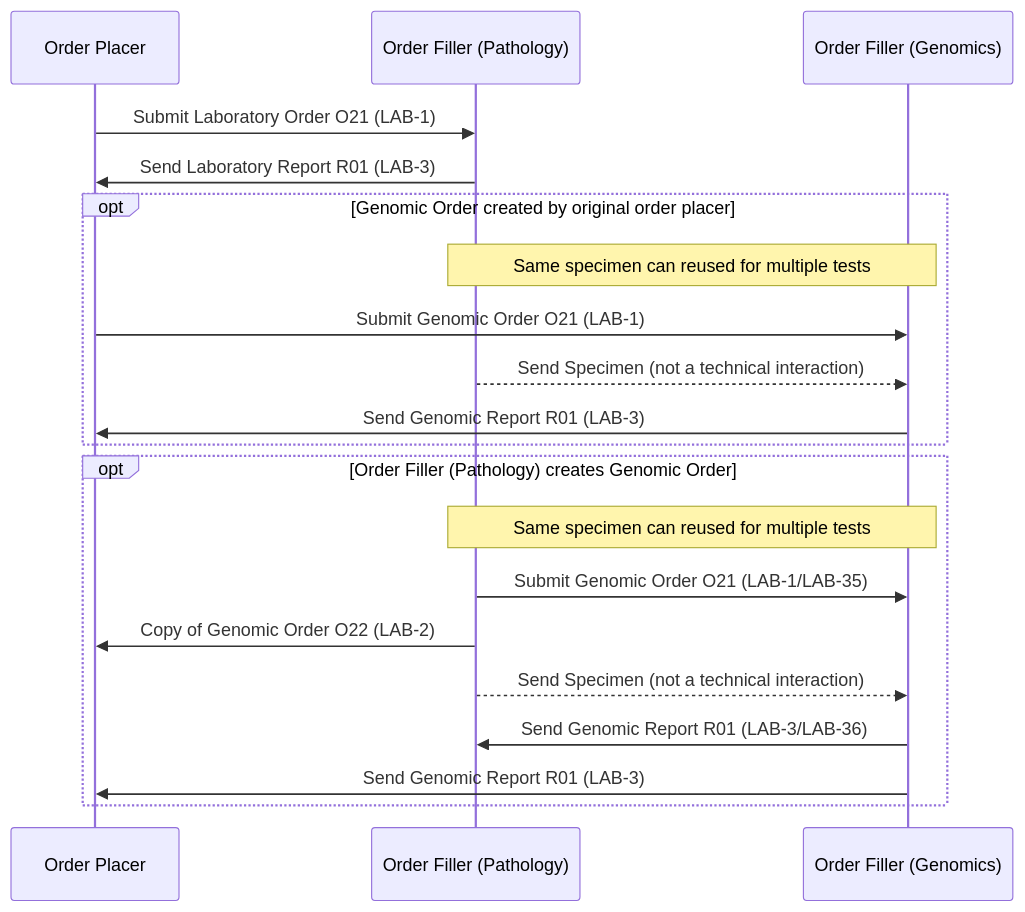
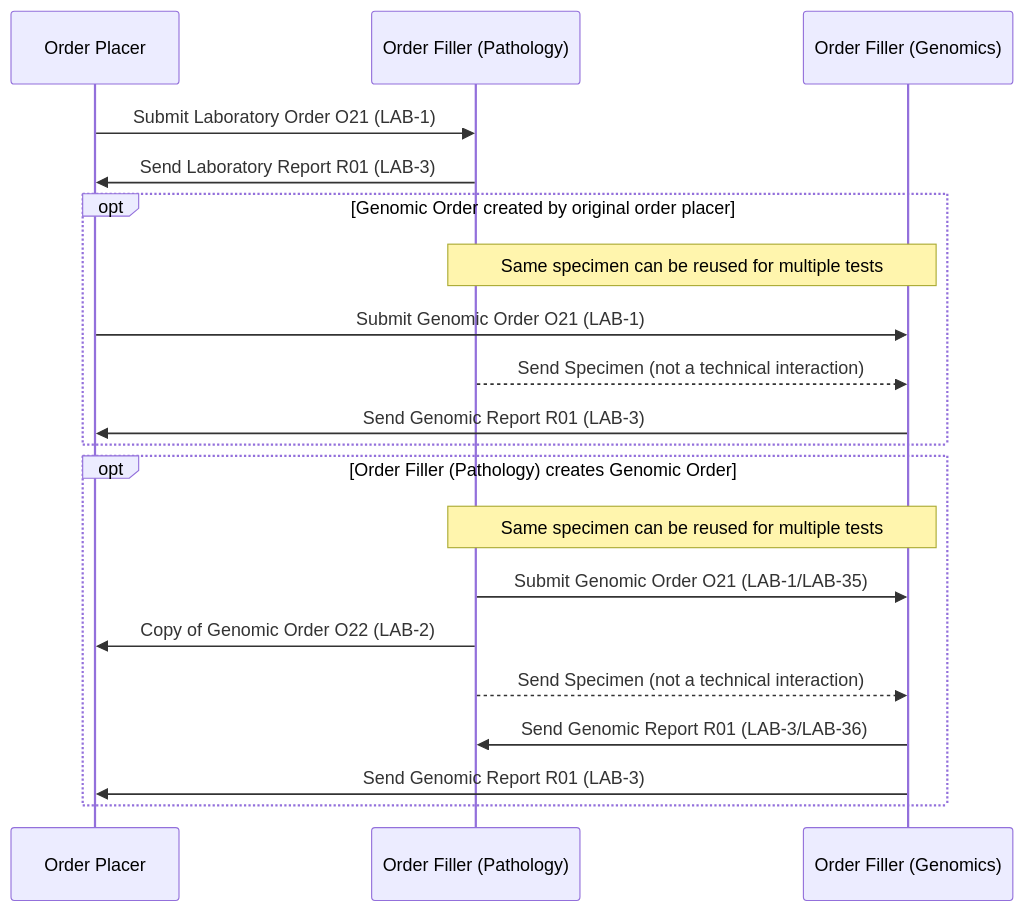
One commit to nw-gmsa/nw-gmsa.github.com changed the third of 7 diagrams in input/pagecontent/ILW.md. Above: the diagram before and after it, drawn with Mermaid.

Commit message:
mermaid typo

````diff
--- a/input/pagecontent/ILW.md
+++ b/input/pagecontent/ILW.md
@@ -154,31 +154,31 @@
 ```mermaid
 sequenceDiagram
 
 
 participant EPR as Order Placer
 participant LIMSP as Order Filler (Pathology)
 participant LIMSG as Order Filler (Genomics)
 
 
 EPR ->> LIMSP: Submit Laboratory Order O21 (LAB-1)
 LIMSP ->> EPR: Send Laboratory Report R01 (LAB-3)
 
 opt Genomic Order created by original order placer
 
-note over LIMSP,LIMSG: Same specimen can reused for multiple tests
+note over LIMSP,LIMSG: Same specimen can be reused for multiple tests
 
 EPR ->> LIMSG: Submit Genomic Order O21 (LAB-1)
 LIMSP -->> LIMSG: Send Specimen (not a technical interaction)
 LIMSG ->> EPR: Send Genomic Report R01 (LAB-3)
 end
 
 opt Order Filler (Pathology) creates Genomic Order
-note over LIMSP,LIMSG: Same specimen can reused for multiple tests
+note over LIMSP,LIMSG: Same specimen can be reused for multiple tests
 
 LIMSP ->> LIMSG: Submit Genomic Order O21 (LAB-1/LAB-35)
 LIMSP ->> EPR: Copy of Genomic Order O22 (LAB-2)
 LIMSP -->> LIMSG: Send Specimen (not a technical interaction)
 LIMSG ->> LIMSP: Send Genomic Report R01 (LAB-3/LAB-36)
 LIMSG ->> EPR: Send Genomic Report R01 (LAB-3)
 end
 ```
````
